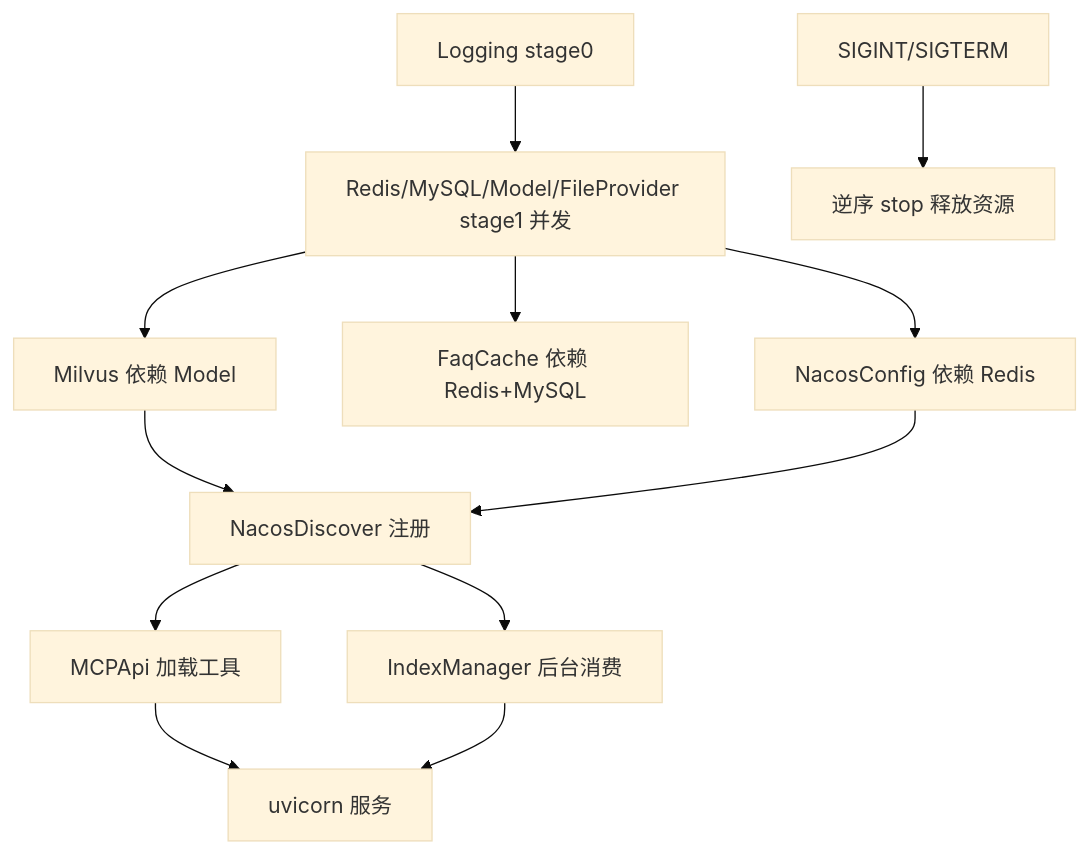
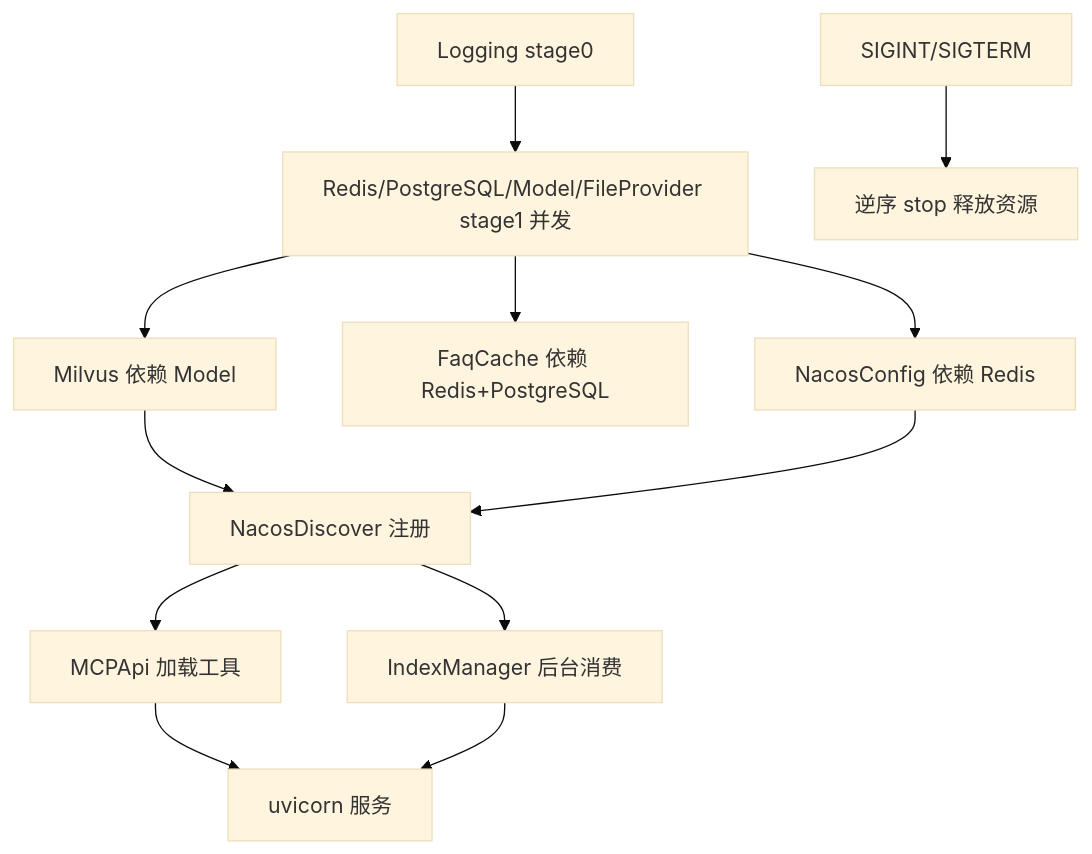
One commit to chengyan0079/multi-tenant-rag-platform changed the third of 3 diagrams in README.md. Above: the diagram before and after it, drawn with Mermaid (base theme). The commit also changed other lines of this file and 58 other files, not shown here.

````diff
--- a/README.md
+++ b/README.md
@@ -126,14 +126,14 @@
 ```mermaid
 flowchart TD
-    S0[Logging stage0] --> S1[Redis/MySQL/Model/FileProvider stage1 并发]
+    S0[Logging stage0] --> S1[Redis/PostgreSQL/Model/FileProvider stage1 并发]
     S1 --> S2[Milvus 依赖 Model]
-    S1 --> S2b[FaqCache 依赖 Redis+MySQL]
+    S1 --> S2b[FaqCache 依赖 Redis+PostgreSQL]
     S1 --> S2c[NacosConfig 依赖 Redis]
     S2 --> S3[NacosDiscover 注册]
     S2c --> S3
     S3 --> S3b[MCPApi 加载工具]
     S3 --> S3c[IndexManager 后台消费]
     S3b --> RUN[uvicorn 服务]
     S3c --> RUN
     SIG[SIGINT/SIGTERM] --> SH[逆序 stop 释放资源]
 ```
````
